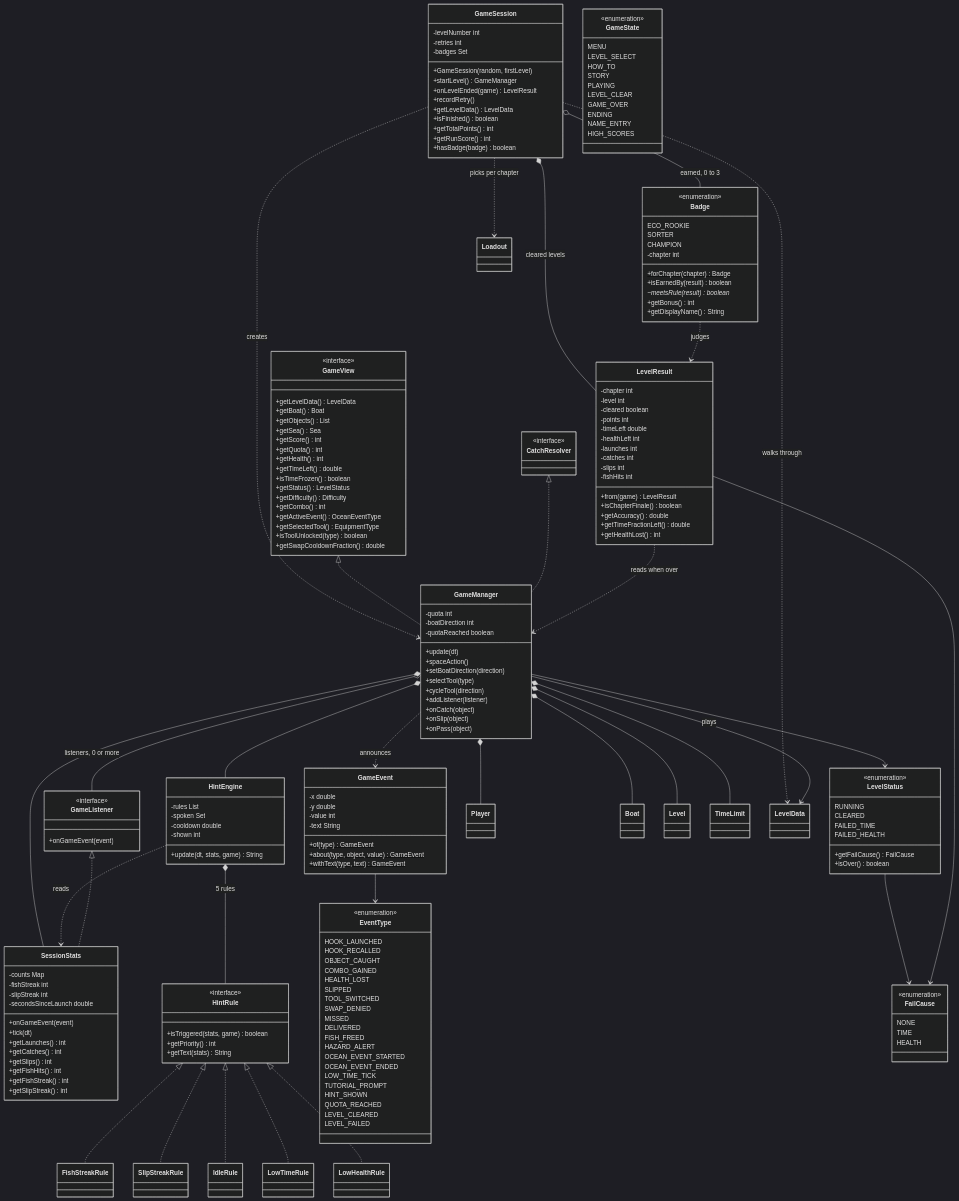
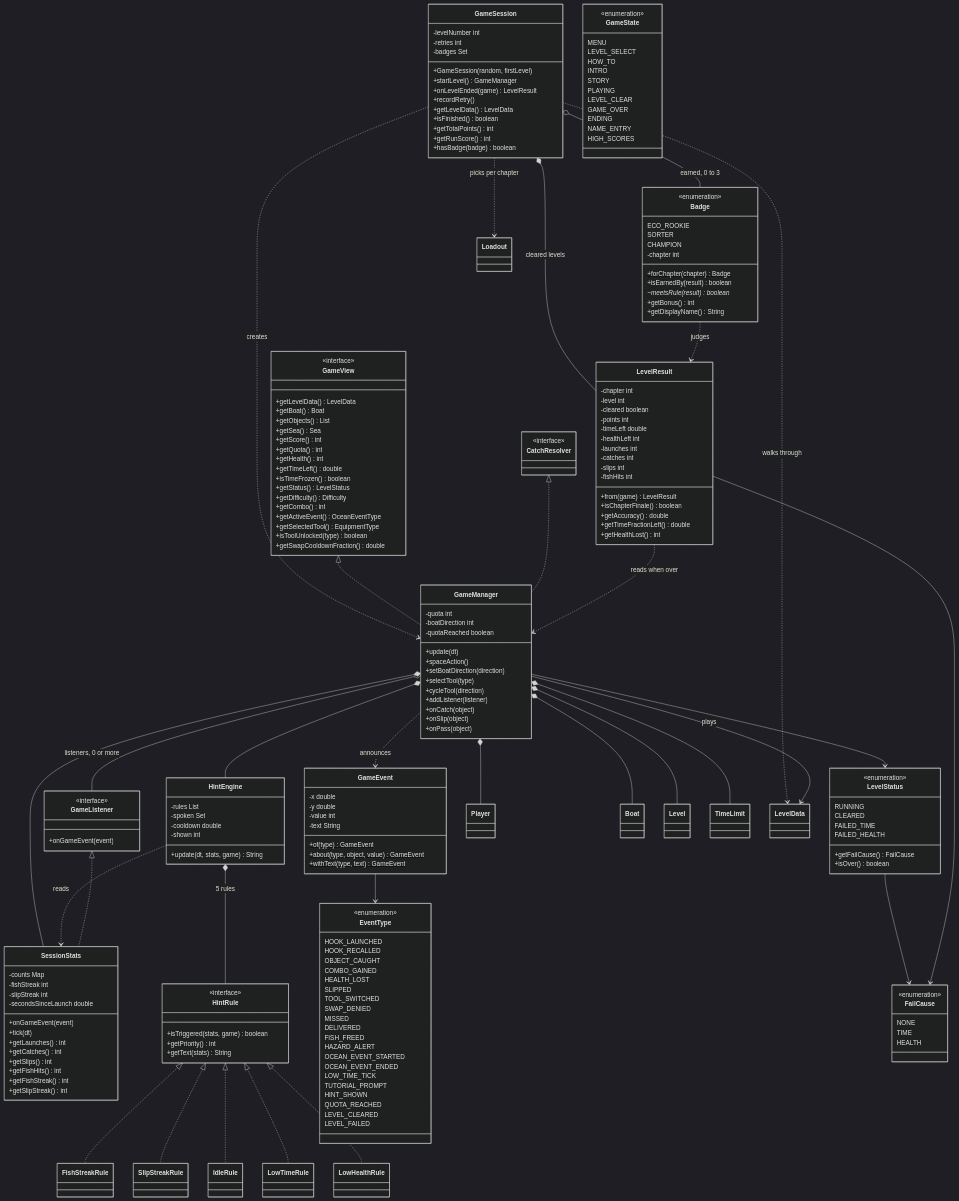
One commit to NJJAV33/Fish2trash changed the fourth of 7 diagrams in docs/class-diagram.md. Above: the diagram before and after it, drawn with Mermaid (dark theme). The commit also changed other lines of this file and 14 other files, not shown here.

```diff
--- a/docs/class-diagram.md
+++ b/docs/class-diagram.md
@@ -648,6 +648,7 @@
         MENU
         LEVEL_SELECT
         HOW_TO
+        INTRO
         STORY
         PLAYING
         LEVEL_CLEAR
```
